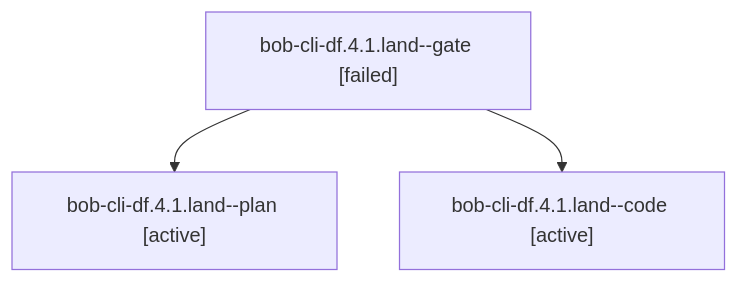
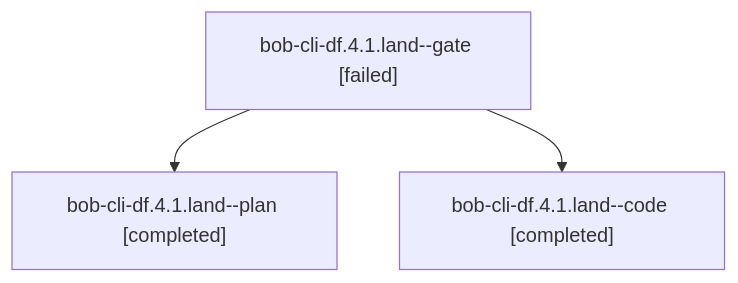
One commit to bobs-org/bob-cli--agents changed the diagram in sessions/bbugyi200.athena.bob-cli-df.4.1.land.md. Above: the diagram before and after it, drawn with Mermaid. The commit also changed other lines of this file and 86 other files, not shown here.

````diff
--- a/sessions/bbugyi200.athena.bob-cli-df.4.1.land.md
+++ b/sessions/bbugyi200.athena.bob-cli-df.4.1.land.md
@@ -9,8 +9,8 @@
 ```mermaid
 flowchart TD
   n0["bob-cli-df.4.1.land--gate [failed]"]
-  n1["bob-cli-df.4.1.land--plan [active]"]
+  n1["bob-cli-df.4.1.land--plan [completed]"]
   n0 --> n1
-  n2["bob-cli-df.4.1.land--code [active]"]
+  n2["bob-cli-df.4.1.land--code [completed]"]
   n0 --> n2
 ```
````
